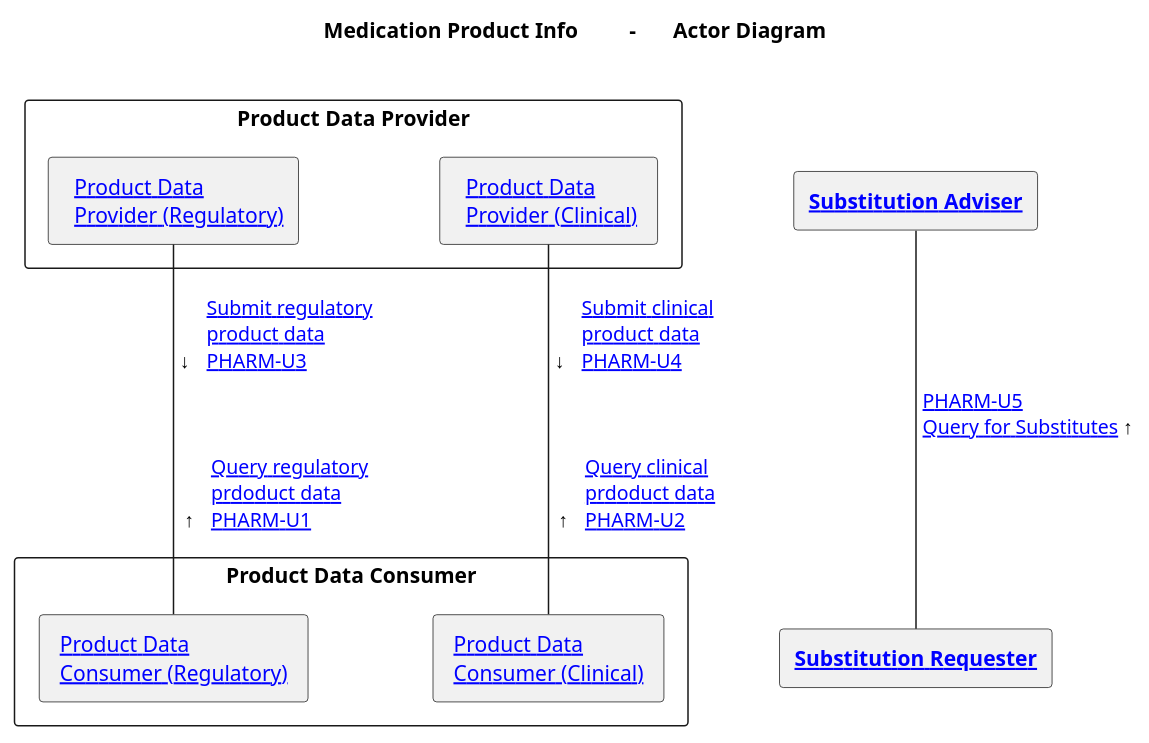
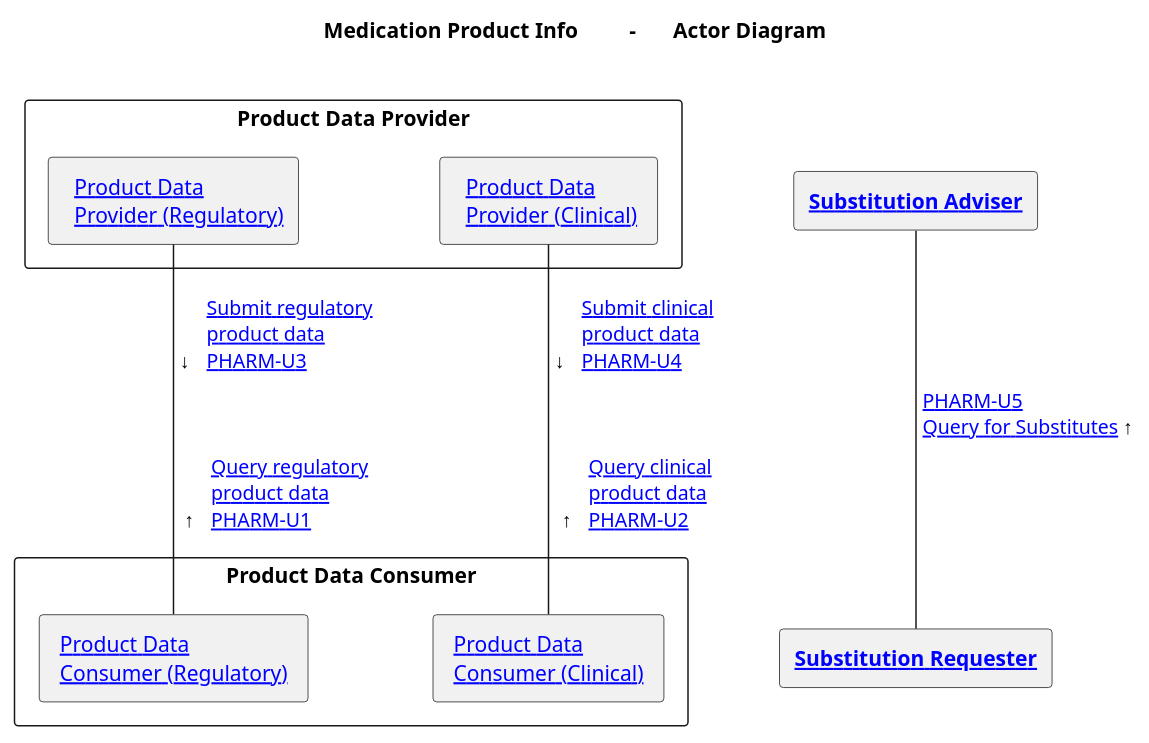
The diagram in input/images-source/ActorsAndTransactions.plantuml (unicom-project-eu/unicom-ihe-transactions), drawn with PlantUML before and after one commit.

```diff
--- a/input/images-source/ActorsAndTransactions.plantuml
+++ b/input/images-source/ActorsAndTransactions.plantuml
@@ -1,34 +1,34 @@
 @startuml
 '!include ./style.iuml
 !pragma teoz true
 title Medication Product Info   \t- \tActor Diagram\n
 skinparam linetype polyline
 
 
 rectangle "Product Data Provider" {
   agent "  [[actors_and_transactions.html#product-data-provider Product Data \nProvider (Regulatory)]]" as proddataprovider
   agent "  [[actors_and_transactions.html#product-data-provider Product Data \nProvider (Clinical) ]]" as proddataproviderc
 }
 
 rectangle "Product Data Consumer" {
 agent " [[actors_and_transactions.html#product-data-consumer Product Data \nConsumer (Regulatory) ]]" as proddataconsumer
 agent " [[actors_and_transactions.html#product-data-consumer Product Data \nConsumer (Clinical) ]]" as proddataconsumerc
 }
 
 agent "**[[actors_and_transactions.html#substitution-adviser Substitution Adviser]]**" as substadviser
 agent "**[[actors_and_transactions.html#substitution-requester Substitution Requester]]**" as substrequester
 
 
 
-proddataprovider -- proddataconsumer : " **↓**  [[u3.html Submit regulatory\nproduct data \nPHARM-U3 ]]       \n\n\n\n **↑**  [[u1.html Query regulatory\nprdoduct data\nPHARM-U1]]       "
+proddataprovider -- proddataconsumer : " **↓**  [[u3.html Submit regulatory\nproduct data \nPHARM-U3 ]]       \n\n\n\n **↑**  [[u1.html Query regulatory\nproduct data\nPHARM-U1]]       "
 
-proddataproviderc -- proddataconsumerc : " **↓**  [[u4.html Submit clinical\nproduct data \nPHARM-U4 ]]    \n\n\n\n **↑**  [[u2.html Query clinical\nprdoduct data\nPHARM-U2]]   "
+proddataproviderc -- proddataconsumerc : " **↓**  [[u4.html Submit clinical\nproduct data \nPHARM-U4 ]]    \n\n\n\n **↑**  [[u2.html Query clinical\nproduct data\nPHARM-U2]]   "
 
 proddataprovider -[hidden]r- proddataproviderc : "                 "
 
 proddataconsumer -[hidden]r- proddataconsumerc : "              "
 
 
 proddataproviderc -[hidden]r- substadviser : "\t\t"
 substadviser -d- substrequester : " [[u5.html PHARM-U5 \nQuery for Substitutes]] ↑   "
 @enduml
```
